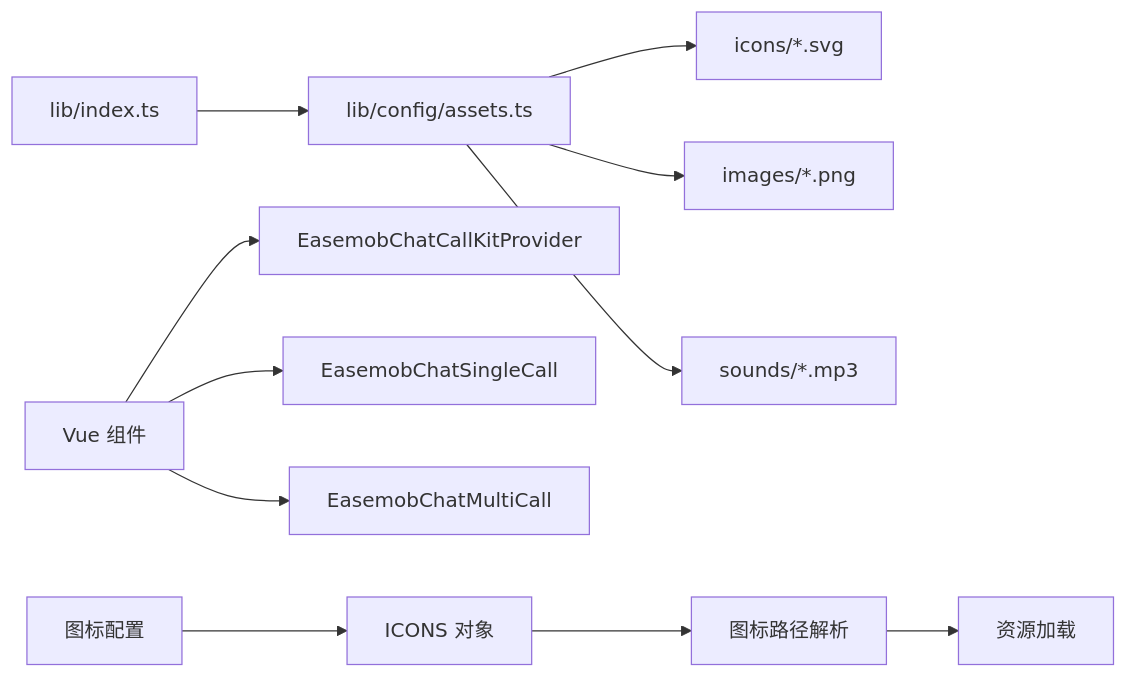
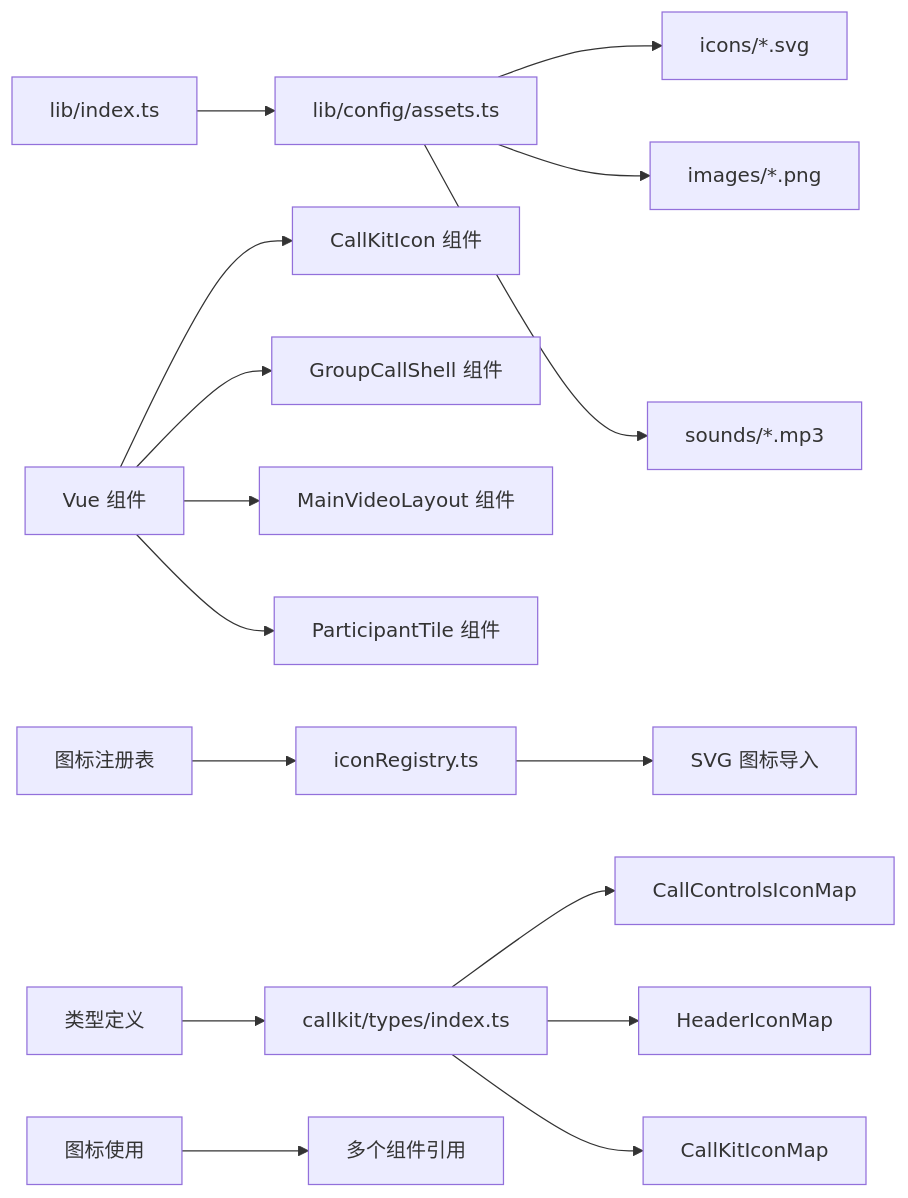
Before and after one commit to Easemob-Community/easemob-uikit-callkit-vue3: the fifth of 5 diagrams in .qoder/repowiki/zh/content/核心组件/群组通话模块/图标系统.md, drawn with Mermaid. The commit also changed other lines of this file and 40 other files, not shown here.

````diff
--- a/.qoder/repowiki/zh/content/核心组件/群组通话模块/图标系统.md
+++ b/.qoder/repowiki/zh/content/核心组件/群组通话模块/图标系统.md
@@ -192,13 +297,18 @@
 ```mermaid
 graph LR
 A[lib/index.ts] --> B[lib/config/assets.ts]
 B --> C[icons/*.svg]
 B --> D[images/*.png]
 B --> E[sounds/*.mp3]
-F[Vue 组件] --> G[EasemobChatCallKitProvider]
-F --> H[EasemobChatSingleCall]
-F --> I[EasemobChatMultiCall]
-J[图标配置] --> K[ICONS 对象]
-K --> L[图标路径解析]
-L --> M[资源加载]
+F[Vue 组件] --> G[CallKitIcon 组件]
+F --> H[GroupCallShell 组件]
+F --> I[MainVideoLayout 组件]
+F --> J[ParticipantTile 组件]
+K[图标注册表] --> L[iconRegistry.ts]
+L --> M[SVG 图标导入]
+N[类型定义] --> O[callkit/types/index.ts]
+O --> P[CallControlsIconMap]
+O --> Q[HeaderIconMap]
+O --> R[CallKitIconMap]
+S[图标使用] --> T[多个组件引用]
 ```
````
